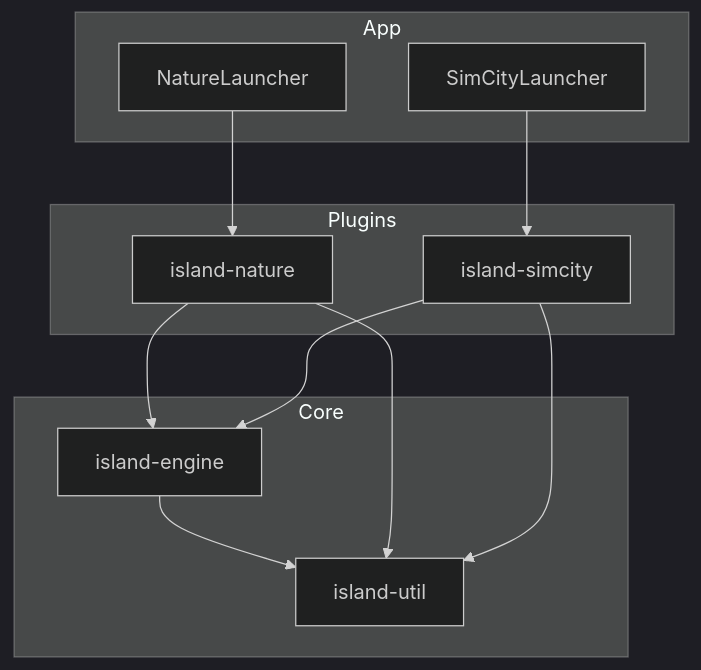
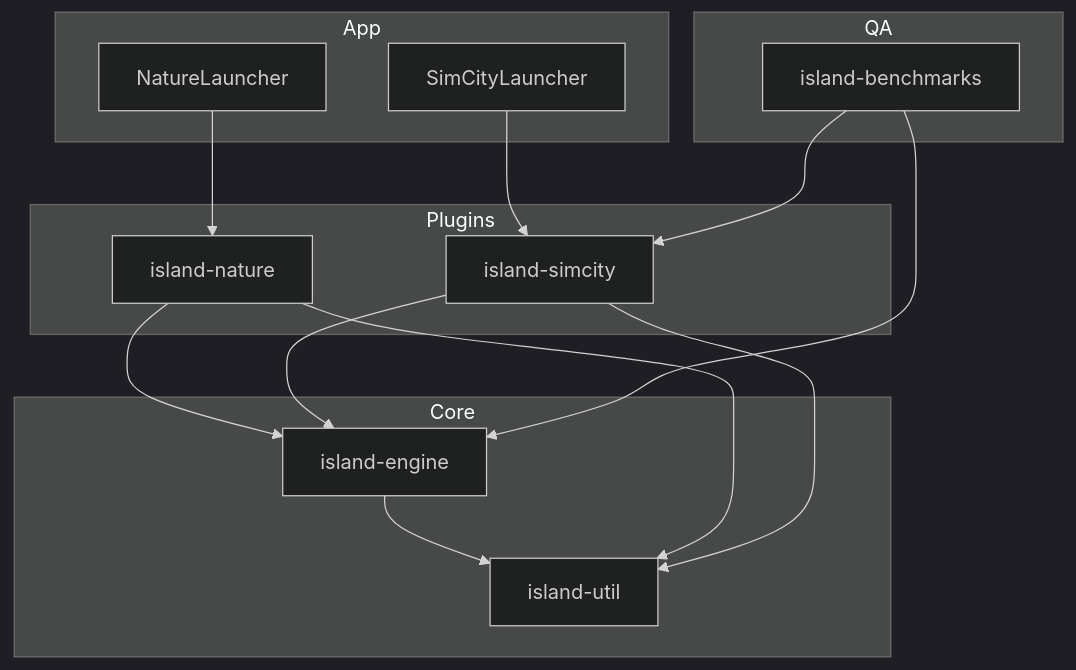
Before and after one commit to ursusandwolf/alex-kov-island: the first of 8 diagrams in docs/UML.md, drawn with Mermaid (dark theme). The commit also changed 27 other files, not shown here.

````diff
--- a/docs/UML.md
+++ b/docs/UML.md
@@ -5,25 +5,31 @@
 ```mermaid
 graph TD
     subgraph App
         AL[NatureLauncher]
         SL[SimCityLauncher]
     end
 
     subgraph Plugins
         NP[island-nature]
         SP[island-simcity]
     end
 
     subgraph Core
         IE[island-engine]
         IU[island-util]
     end
 
+    subgraph QA
+        IB[island-benchmarks]
+    end
+
     AL --> NP
     SL --> SP
     NP --> IE
     SP --> IE
     IE --> IU
     NP --> IU
     SP --> IU
+    IB --> IE
+    IB --> SP
 ```
````
